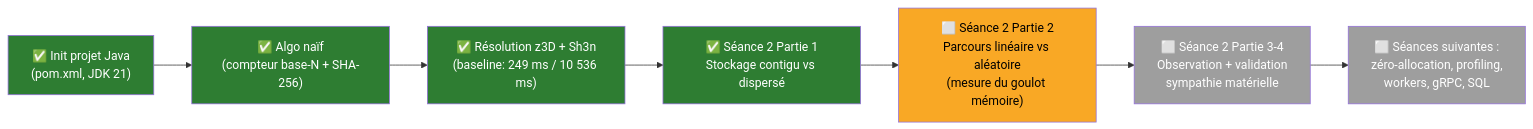
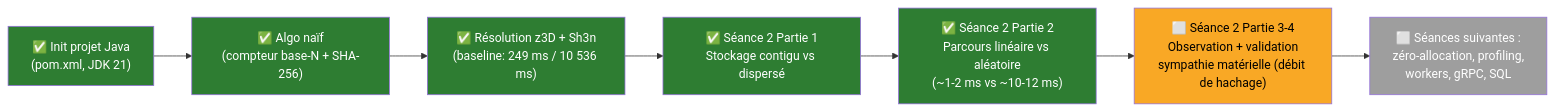
Diagram 12 of 12 in shemas/schemas.md (YoussefGoat123/FILROUGE), drawn with Mermaid before and after one commit. The commit also changed other lines of this file and 4 other files, not shown here.

````diff
--- a/shemas/schemas.md
+++ b/shemas/schemas.md
@@ -217,17 +273,17 @@
 ```mermaid
 flowchart LR
     A["✅ Init projet Java\n(pom.xml, JDK 21)"] --> B["✅ Algo naïf\n(compteur base-N + SHA-256)"]
     B --> C["✅ Résolution z3D + Sh3n\n(baseline: 249 ms / 10 536 ms)"]
     C --> D["✅ Séance 2 Partie 1\nStockage contigu vs dispersé"]
-    D --> E["⬜ Séance 2 Partie 2\nParcours linéaire vs aléatoire\n(mesure du goulot mémoire)"]
-    E --> F["⬜ Séance 2 Partie 3-4\nObservation + validation\nsympathie matérielle"]
+    D --> E["✅ Séance 2 Partie 2\nParcours linéaire vs aléatoire\n(~1-2 ms vs ~10-12 ms)"]
+    E --> F["⬜ Séance 2 Partie 3-4\nObservation + validation\nsympathie matérielle (débit de hachage)"]
     F --> G["⬜ Séances suivantes :\nzéro-allocation, profiling,\nworkers, gRPC, SQL"]
 
     style A fill:#2e7d32,color:#fff
     style B fill:#2e7d32,color:#fff
     style C fill:#2e7d32,color:#fff
     style D fill:#2e7d32,color:#fff
-    style E fill:#f9a825,color:#000
-    style F fill:#9e9e9e,color:#fff
+    style E fill:#2e7d32,color:#fff
+    style F fill:#f9a825,color:#000
     style G fill:#9e9e9e,color:#fff
 ```
````
